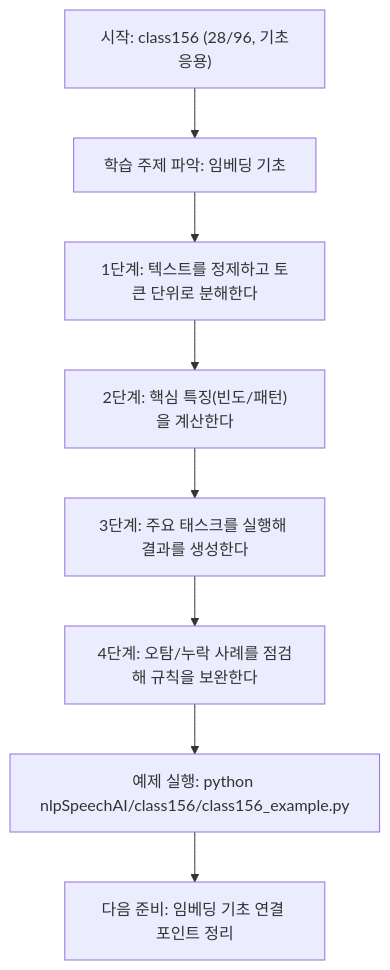
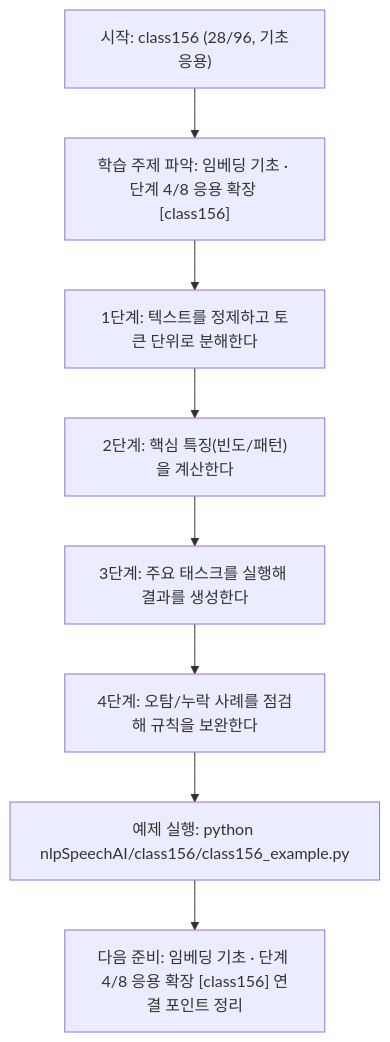
Before and after one commit to edumgt/Python-AI_Agent-Class: the diagram in nlpSpeechAI/class156/class156.md, drawn with Mermaid. The commit also changed other lines of this file and 522 other files, not shown here.

````diff
--- a/nlpSpeechAI/class156/class156.md
+++ b/nlpSpeechAI/class156/class156.md
@@ -112,18 +113,18 @@
 ```mermaid
 flowchart TD
 N1["시작: class156 (28/96, 기초응용)"]
-N2["학습 주제 파악: 임베딩 기초"]
+N2["학습 주제 파악: 임베딩 기초 · 단계 4/8 응용 확장 [class156]"]
 N3["1단계: 텍스트를 정제하고 토큰 단위로 분해한다"]
 N4["2단계: 핵심 특징(빈도/패턴)을 계산한다"]
 N5["3단계: 주요 태스크를 실행해 결과를 생성한다"]
 N6["4단계: 오탐/누락 사례를 점검해 규칙을 보완한다"]
 N7["예제 실행: python nlpSpeechAI/class156/class156_example.py"]
-N8["다음 준비: 임베딩 기초 연결 포인트 정리"]
+N8["다음 준비: 임베딩 기초 · 단계 4/8 응용 확장 [class156] 연결 포인트 정리"]
 N1 --> N2
 N2 --> N3
 N3 --> N4
 N4 --> N5
 N5 --> N6
 N6 --> N7
 N7 --> N8
 ```
````
